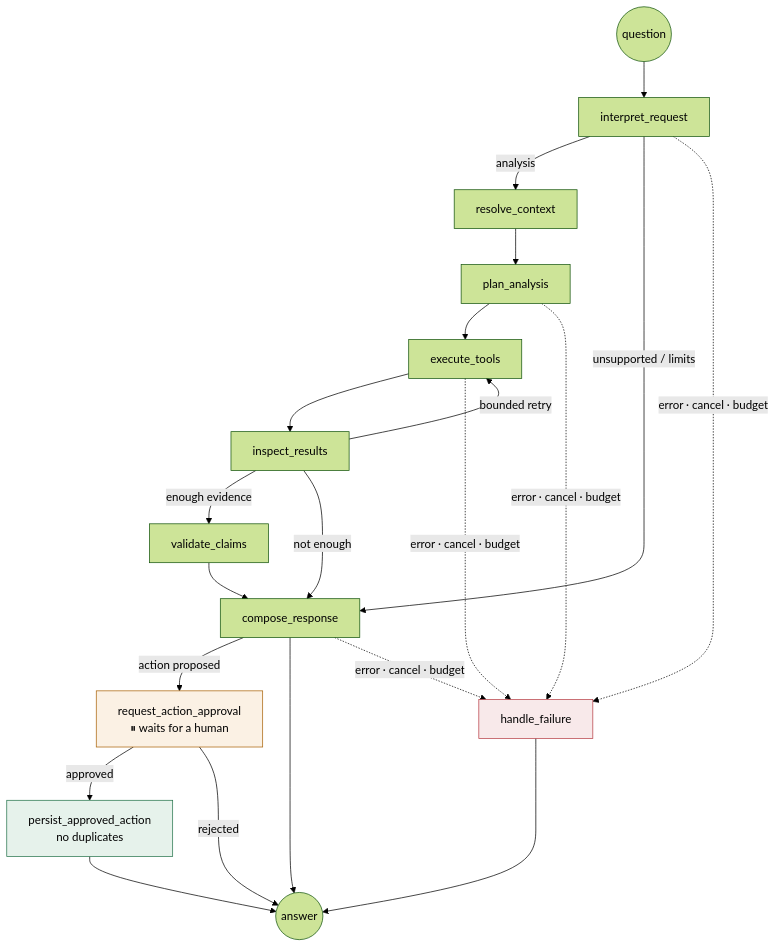
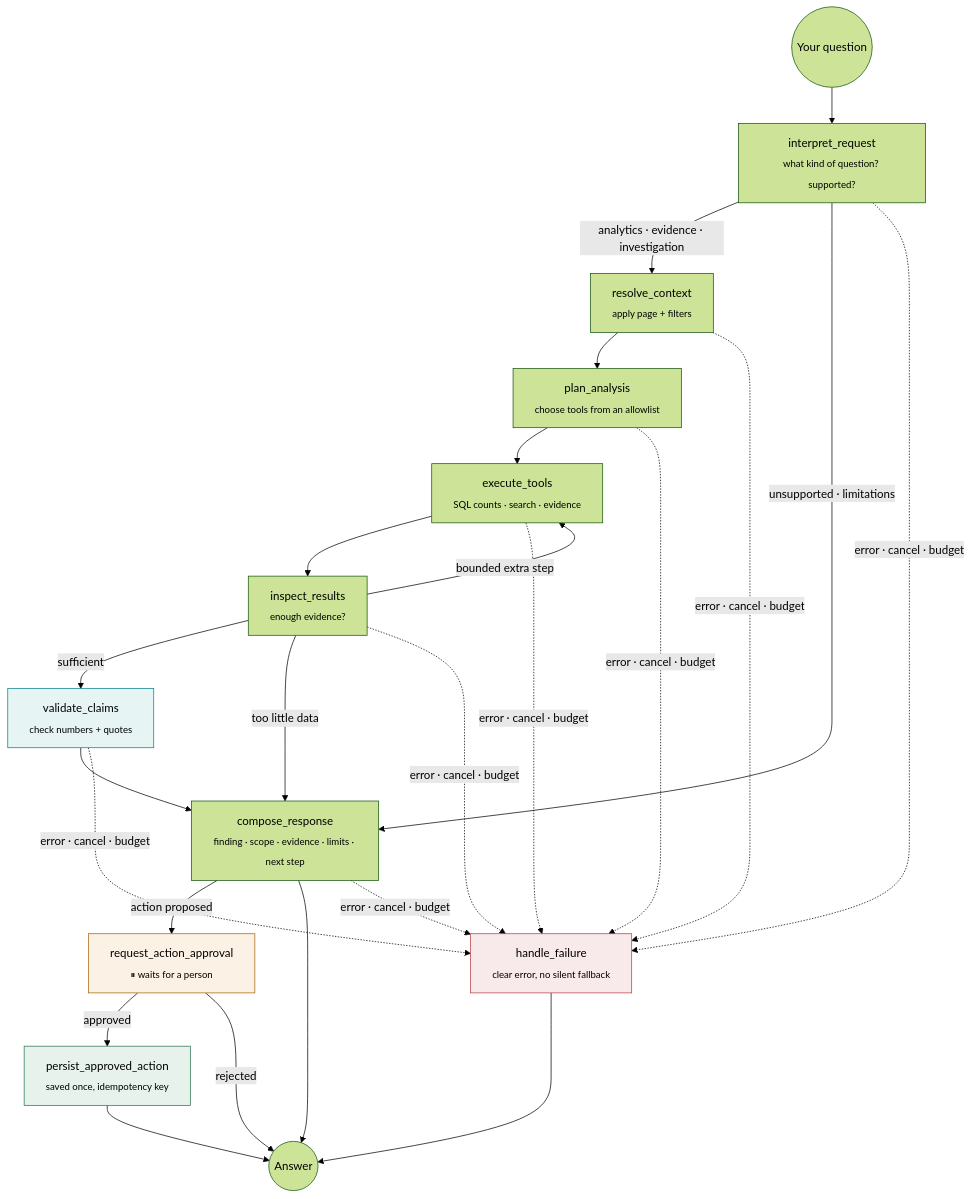
The sixth of 7 diagrams in convolens/README.md (florina787/Data-sets), drawn with Mermaid (forest theme) before and after one commit. The commit also changed other lines of this file, not shown here.

First line of the commit message:
README: descriptive showcase with two chatbot images up front, all screenshots, charts and flowcharts

````diff
--- a/convolens/README.md
+++ b/convolens/README.md
@@ -144,22 +470,23 @@
 ```mermaid
 flowchart TD
-  S((question)) --> I[interpret_request]
-  I -->|analysis| R[resolve_context]
-  I -->|unsupported / limits| C[compose_response]
-  R --> P[plan_analysis]
-  P --> E[execute_tools]
-  E --> N[inspect_results]
-  N -->|bounded retry| E
-  N -->|enough evidence| V[validate_claims]
-  N -->|not enough| C
-  V --> C
-  C -->|action proposed| A["request_action_approval<br/>⏸ waits for a human"]
-  C --> X((answer))
-  A -->|approved| W["persist_approved_action<br/>no duplicates"]
+  S((Your question)) --> I["interpret_request<br/><sub>what kind of question? supported?</sub>"]
+  I -->|analytics · evidence · investigation| R["resolve_context<br/><sub>apply page + filters</sub>"]
+  I -->|unsupported · limitations| C
+  R --> P["plan_analysis<br/><sub>choose tools from an allowlist</sub>"]
+  P --> E["execute_tools<br/><sub>SQL counts · search · evidence</sub>"]
+  E --> N["inspect_results<br/><sub>enough evidence?</sub>"]
+  N -->|"bounded extra step"| E
+  N -->|sufficient| V["validate_claims<br/><sub>check numbers + quotes</sub>"]
+  N -->|too little data| C
+  V --> C["compose_response<br/><sub>finding · scope · evidence · limits · next step</sub>"]
+  C -->|action proposed| A["request_action_approval<br/><sub>⏸ waits for a person</sub>"]
+  C --> X((Answer))
+  A -->|approved| W["persist_approved_action<br/><sub>saved once, idempotency key</sub>"]
   A -->|rejected| X
   W --> X
-  I & P & E & C -.->|error · cancel · budget| F[handle_failure] --> X
+  I & R & P & E & N & V & C -.->|"error · cancel · budget"| F["handle_failure<br/><sub>clear error, no silent fallback</sub>"] --> X
   style A fill:#FBF1E4,stroke:#A96308
   style W fill:#E6F2EB,stroke:#24734B
   style F fill:#F8E9EA,stroke:#B83D45
+  style V fill:#E7F4F4,stroke:#087F8C
 ```
````
